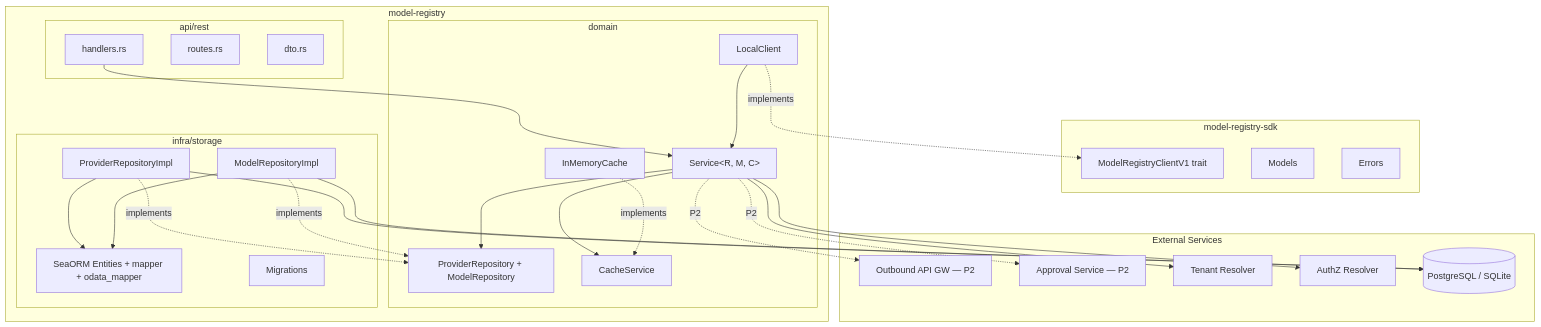
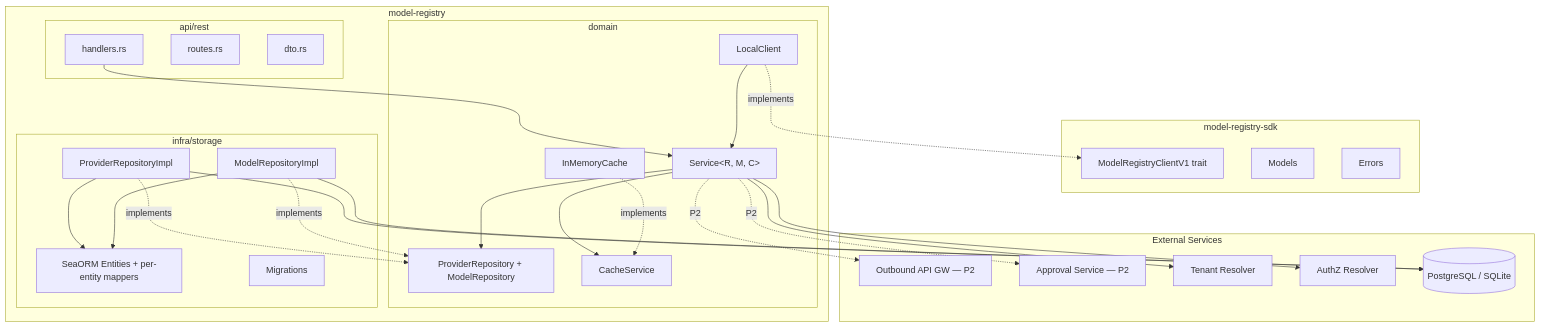
Before and after one commit to Qilin101/gears-rust: the second of 9 diagrams in gears/model-registry/docs/DESIGN.md, drawn with Mermaid. The commit also changed other lines of this file and 9 other files, not shown here.

````diff
--- a/gears/model-registry/docs/DESIGN.md
+++ b/gears/model-registry/docs/DESIGN.md
@@ -541,56 +541,56 @@
 ```mermaid
 graph TB
     subgraph SDK["model-registry-sdk"]
         TRAIT[ModelRegistryClientV1 trait]
         MODELS[Models]
         ERRORS[Errors]
     end
 
     subgraph Gear["model-registry"]
         subgraph API["api/rest"]
             HANDLERS[handlers.rs]
             ROUTES[routes.rs]
             DTOS[dto.rs]
         end
 
         subgraph Domain["domain"]
             SERVICE[Service&lt;R, M, C&gt;]
             LOCAL[LocalClient]
             REPO_TRAIT[ProviderRepository + ModelRepository]
             CACHE_SVC[CacheService]
             MEMCACHE[InMemoryCache]
         end
 
         subgraph Infra["infra/storage"]
             PROV_IMPL[ProviderRepositoryImpl]
             MODEL_IMPL[ModelRepositoryImpl]
-            ENTITIES[SeaORM Entities + mapper + odata_mapper]
+            ENTITIES[SeaORM Entities + per-entity mappers]
             MIGRATIONS[Migrations]
         end
     end
 
     subgraph External["External Services"]
         OAGW[Outbound API GW — P2]
         APPROVAL[Approval Service — P2]
         TENANT[Tenant Resolver]
         AUTHZ[AuthZ Resolver]
         PG[(PostgreSQL / SQLite)]
     end
 
     HANDLERS --> SERVICE
     LOCAL --> SERVICE
     LOCAL -.implements.-> TRAIT
     SERVICE --> CACHE_SVC
     SERVICE --> REPO_TRAIT
     MEMCACHE -.implements.-> CACHE_SVC
     PROV_IMPL -.implements.-> REPO_TRAIT
     MODEL_IMPL -.implements.-> REPO_TRAIT
     PROV_IMPL --> ENTITIES
     MODEL_IMPL --> ENTITIES
     PROV_IMPL --> PG
     MODEL_IMPL --> PG
     SERVICE --> TENANT
     SERVICE --> AUTHZ
     SERVICE -.P2.-> OAGW
     SERVICE -.P2.-> APPROVAL
 ```
````
